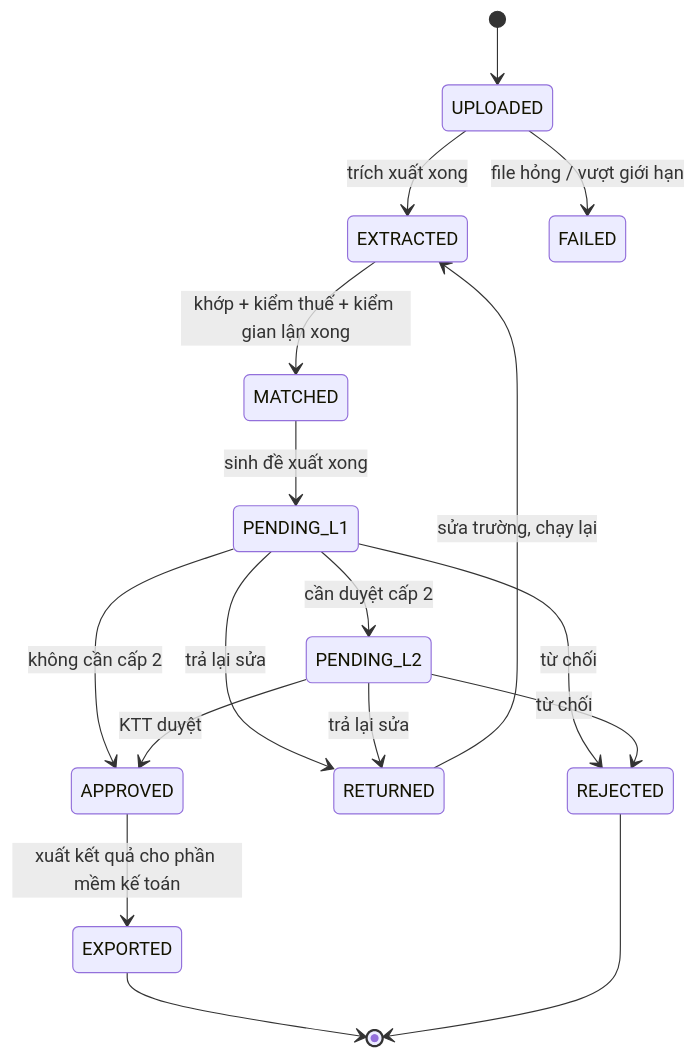
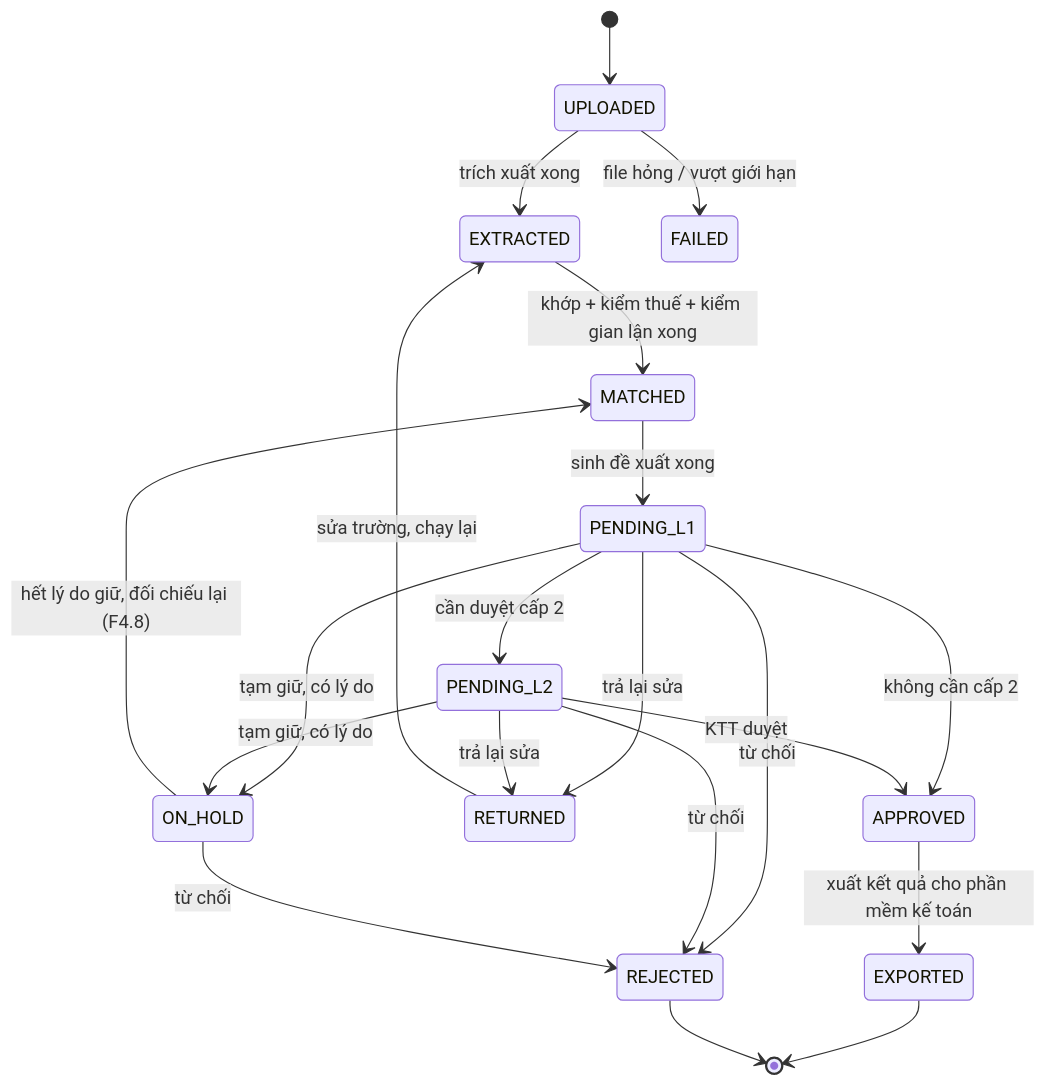
The first of 2 diagrams in docs/PRD.md (kamitoznguyen-collab/Fantastic4-BuildPhase), drawn with Mermaid before and after one commit. The commit also changed other lines of this file and 2 other files, not shown here.

````diff
--- a/docs/PRD.md
+++ b/docs/PRD.md
@@ -396,19 +405,23 @@
 ```mermaid
 stateDiagram-v2
     [*] --> UPLOADED
     UPLOADED --> EXTRACTED: trích xuất xong
     UPLOADED --> FAILED: file hỏng / vượt giới hạn
     EXTRACTED --> MATCHED: khớp + kiểm thuế + kiểm gian lận xong
     MATCHED --> PENDING_L1: sinh đề xuất xong
     PENDING_L1 --> PENDING_L2: cần duyệt cấp 2
     PENDING_L1 --> APPROVED: không cần cấp 2
     PENDING_L1 --> RETURNED: trả lại sửa
     PENDING_L1 --> REJECTED: từ chối
     PENDING_L2 --> APPROVED: KTT duyệt
     PENDING_L2 --> RETURNED: trả lại sửa
     PENDING_L2 --> REJECTED: từ chối
+    PENDING_L1 --> ON_HOLD: tạm giữ, có lý do
+    PENDING_L2 --> ON_HOLD: tạm giữ, có lý do
+    ON_HOLD --> MATCHED: hết lý do giữ, đối chiếu lại (F4.8)
+    ON_HOLD --> REJECTED: từ chối
     RETURNED --> EXTRACTED: sửa trường, chạy lại
     APPROVED --> EXPORTED: xuất kết quả cho phần mềm kế toán
     EXPORTED --> [*]
     REJECTED --> [*]
 ```
````
